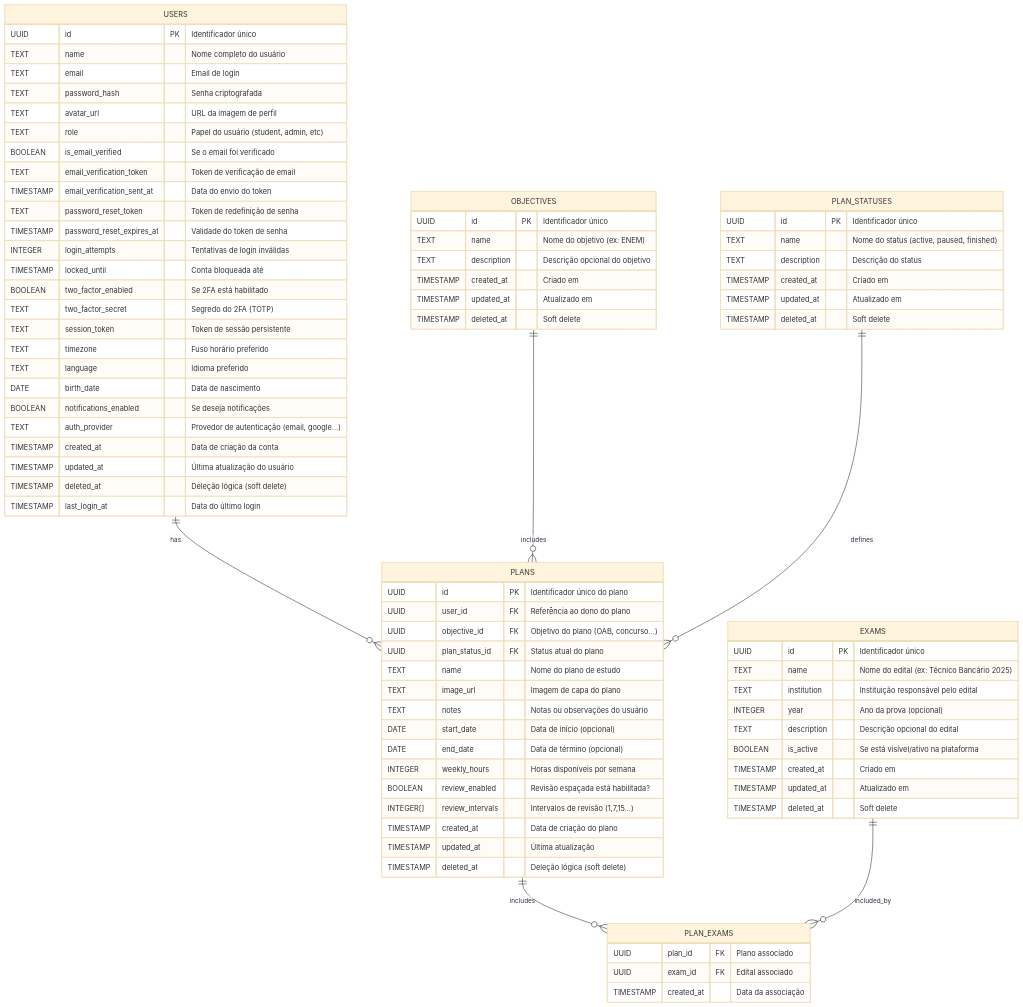
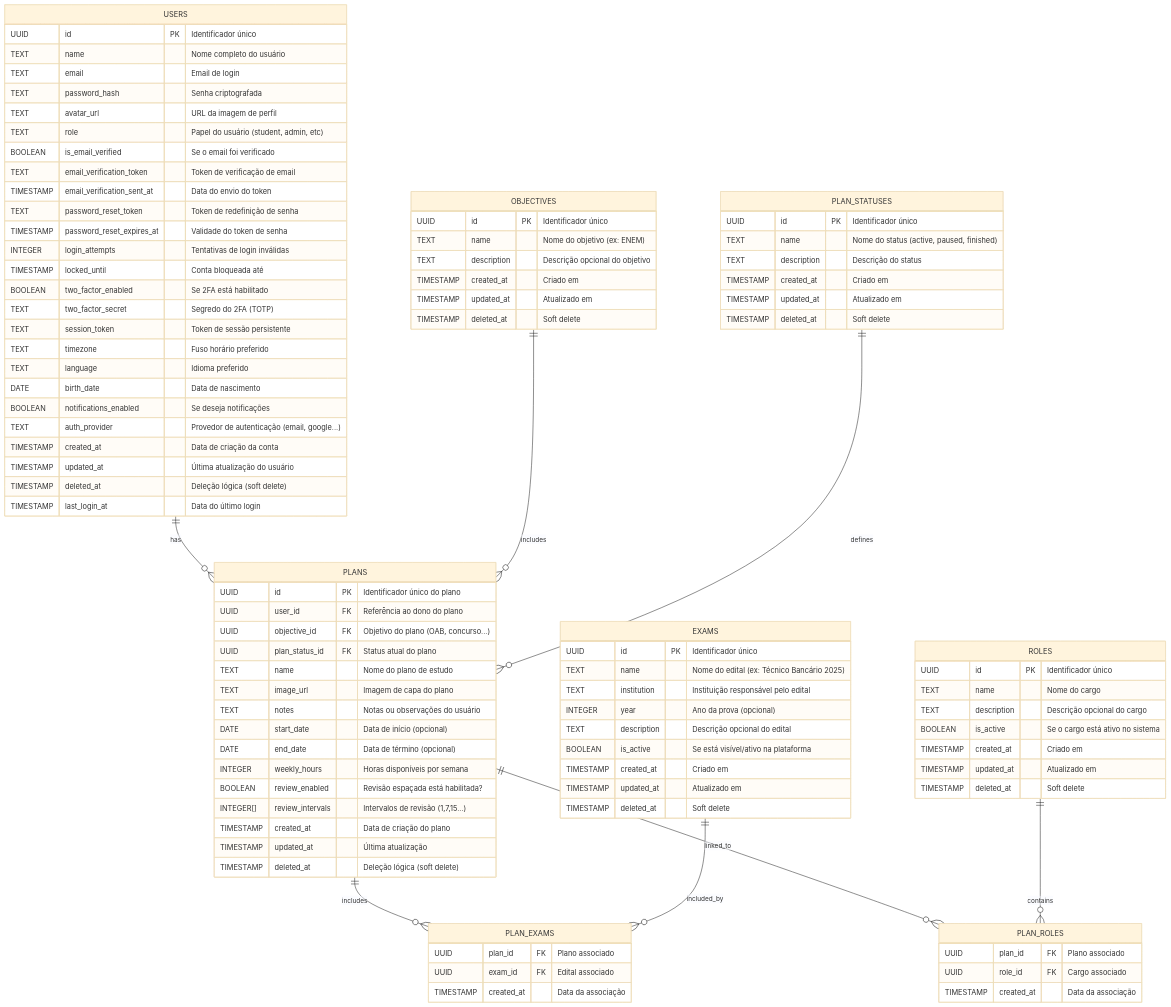
One commit to felipesantoos/oestudador changed the diagram in README.md. Above: the diagram before and after it, drawn with Mermaid (base theme).

Commit message:
Add ROLES and PLAN_ROLES

````diff
--- a/README.md
+++ b/README.md
@@ -5,6 +5,8 @@
     PLAN_STATUSES ||--o{ PLANS : defines
     PLANS ||--o{ PLAN_EXAMS : includes
     EXAMS ||--o{ PLAN_EXAMS : included_by
+    PLANS ||--o{ PLAN_ROLES : linked_to
+    ROLES ||--o{ PLAN_ROLES : contains
 
     USERS {
         UUID id PK "Identificador único"
@@ -87,4 +89,20 @@
         UUID exam_id FK "Edital associado"
         TIMESTAMP created_at "Data da associação"
     }
+
+    ROLES {
+        UUID id PK "Identificador único"
+        TEXT name "Nome do cargo"
+        TEXT description "Descrição opcional do cargo"
+        BOOLEAN is_active "Se o cargo está ativo no sistema"
+        TIMESTAMP created_at "Criado em"
+        TIMESTAMP updated_at "Atualizado em"
+        TIMESTAMP deleted_at "Soft delete"
+    }
+
+    PLAN_ROLES {
+        UUID plan_id FK "Plano associado"
+        UUID role_id FK "Cargo associado"
+        TIMESTAMP created_at "Data da associação"
+    }
 ```
````
